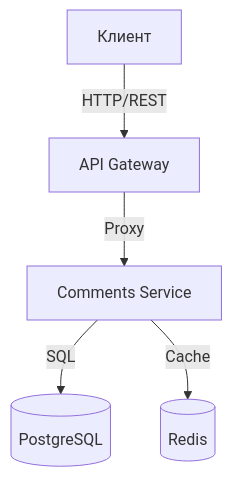
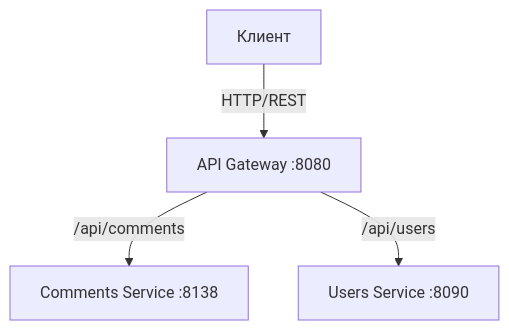
Before and after one commit to ohfuckinglucy/DST: the diagram in weeks/week-17/ARCHITECTURE.md, drawn with Mermaid. The commit also changed other lines of this file and 15 other files, not shown here.

Commit message:
feat: add comments and users microservices

````diff
--- a/weeks/week-17/ARCHITECTURE.md
+++ b/weeks/week-17/ARCHITECTURE.md
@@ -19,7 +19,6 @@
 ```mermaid
 graph TD
-    Client[Клиент] -->|HTTP/REST| GW[API Gateway]
-    GW -->|Proxy| CS[Comments Service]
-    CS -->|SQL| DB[(PostgreSQL)]
-    CS -->|Cache| Cache[(Redis)]
+    Client[Клиент] -->|HTTP/REST| GW[API Gateway :8080]
+    GW -->|/api/comments| CS[Comments Service :8138]
+    GW -->|/api/users| US[Users Service :8090]
 ```
````
